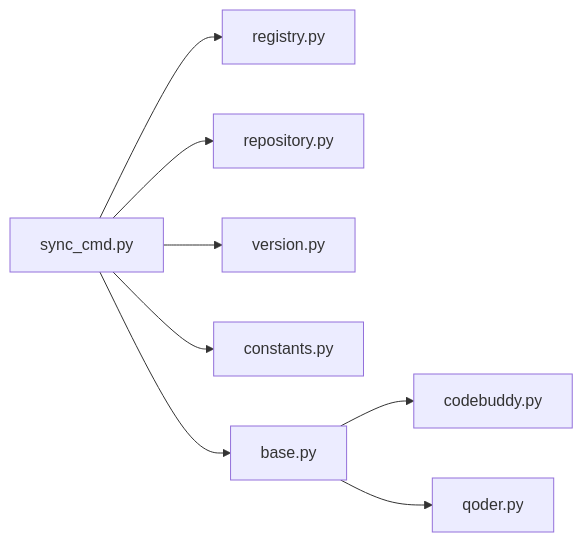
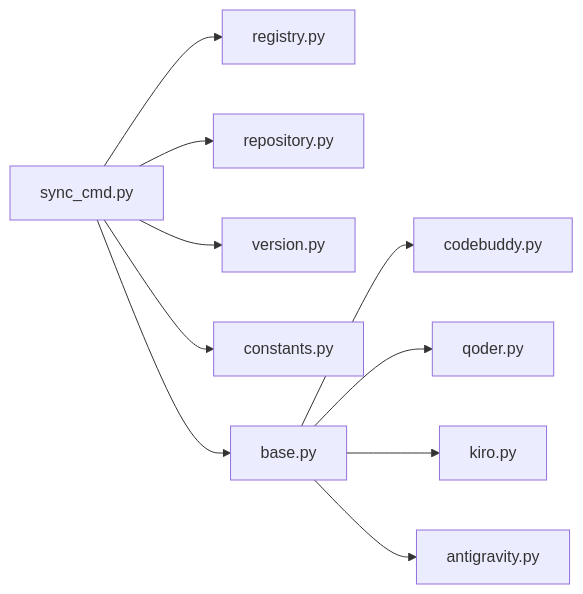
One commit to MapleWan/MSR changed the fifth of 5 diagrams in .qoder/repowiki/zh/content/命令参考手册/sync 命令详解.md. Above: the diagram before and after it, drawn with Mermaid. The commit also changed other lines of this file and 5 other files, not shown here.

````diff
--- a/.qoder/repowiki/zh/content/命令参考手册/sync 命令详解.md
+++ b/.qoder/repowiki/zh/content/命令参考手册/sync 命令详解.md
@@ -286,10 +331,12 @@
 ```mermaid
 graph LR
 sync_cmd["sync_cmd.py"] --> registry["registry.py"]
 sync_cmd --> repository["repository.py"]
 sync_cmd --> version["version.py"]
 sync_cmd --> constants["constants.py"]
 sync_cmd --> base["base.py"]
 base --> codebuddy["codebuddy.py"]
 base --> qoder["qoder.py"]
+base --> kiro["kiro.py"]
+base --> antigravity["antigravity.py"]
 ```
````
